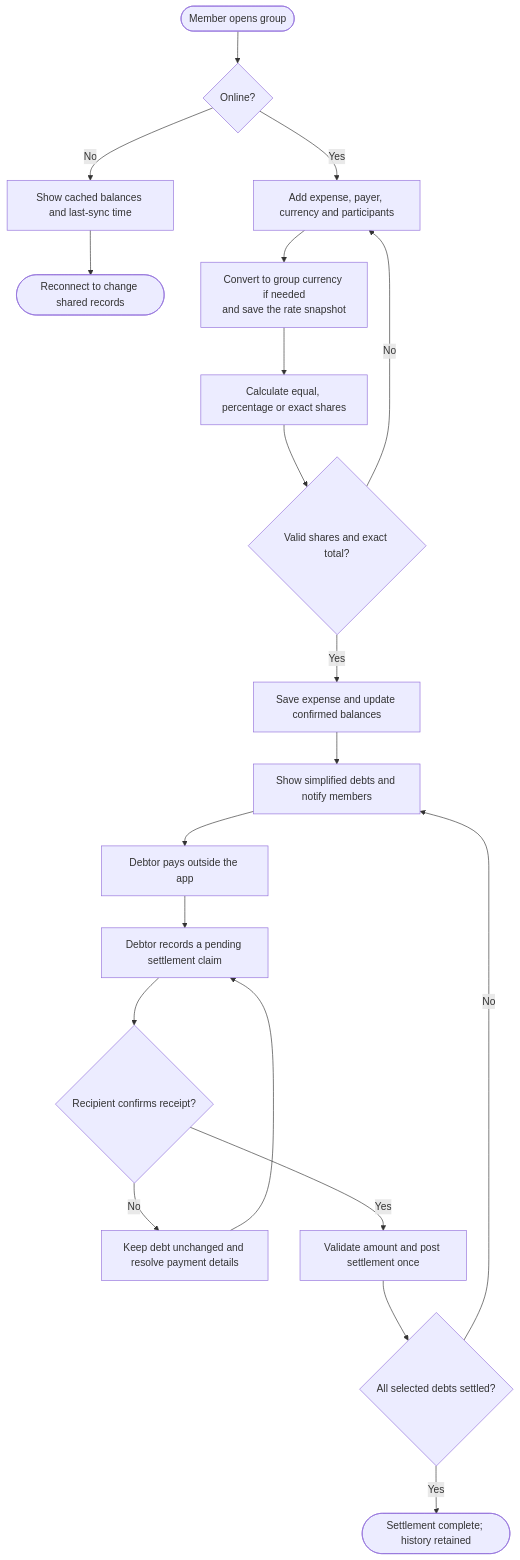
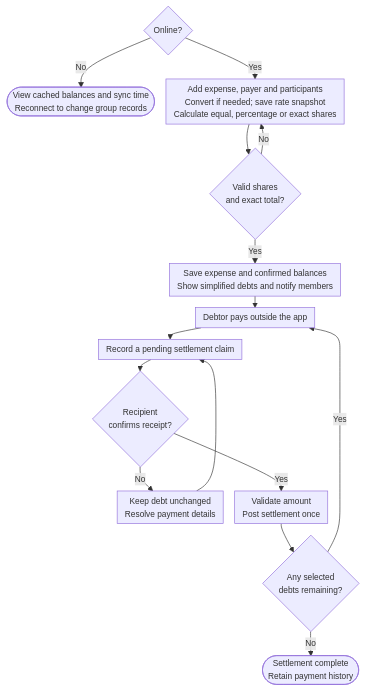
One commit to pdtLong2929/FinSync changed the second of 3 diagrams in PA/PA2/report.md. Above: the diagram before and after it, drawn with Mermaid. The commit also changed other lines of this file and 5 other files, not shown here.

````diff
--- a/PA/PA2/report.md
+++ b/PA/PA2/report.md
@@ -549,22 +545,19 @@
 ```mermaid
+%%{init: {"look": "classic", "themeVariables": {"fontSize": "13px"}, "flowchart": {"rankSpacing": 18, "nodeSpacing": 18, "padding": 6, "wrappingWidth": 280}}}%%
 flowchart TD
-    A([Member opens group]) --> N{Online?}
-    N -->|No| O[Show cached balances and last-sync time]
-    O --> P([Reconnect to change shared records])
-    N -->|Yes| B[Add expense, payer, currency and participants]
-    B --> C[Convert to group currency if needed<br/>and save the rate snapshot]
-    C --> D[Calculate equal, percentage or exact shares]
-    D --> V{Valid shares and exact total?}
+    N{"Online?"}
+    N -->|No| O(["View cached balances and sync time<br/>Reconnect to change group records"])
+    N -->|Yes| B["Add expense, payer and participants<br/>Convert if needed; save rate snapshot<br/>Calculate equal, percentage or exact shares"]
+    B --> V{"Valid shares<br/>and exact total?"}
     V -->|No| B
-    V -->|Yes| E[Save expense and update confirmed balances]
-    E --> F[Show simplified debts and notify members]
-    F --> G[Debtor pays outside the app]
-    G --> H[Debtor records a pending settlement claim]
-    H --> I{Recipient confirms receipt?}
-    I -->|No| R[Keep debt unchanged and resolve payment details]
-    R --> H
-    I -->|Yes| J[Validate amount and post settlement once]
-    J --> K{All selected debts settled?}
-    K -->|No| F
-    K -->|Yes| L([Settlement complete; history retained])
+    V -->|Yes| E["Save expense and confirmed balances<br/>Show simplified debts and notify members"]
+    E --> F["Debtor pays outside the app"]
+    F --> P["Record a pending settlement claim"]
+    P --> I{"Recipient<br/>confirms receipt?"}
+    I -->|No| R["Keep debt unchanged<br/>Resolve payment details"]
+    R --> P
+    I -->|Yes| J["Validate amount<br/>Post settlement once"]
+    J --> K{"Any selected<br/>debts remaining?"}
+    K -->|Yes| F
+    K -->|No| L(["Settlement complete<br/>Retain payment history"])
 ```
````
